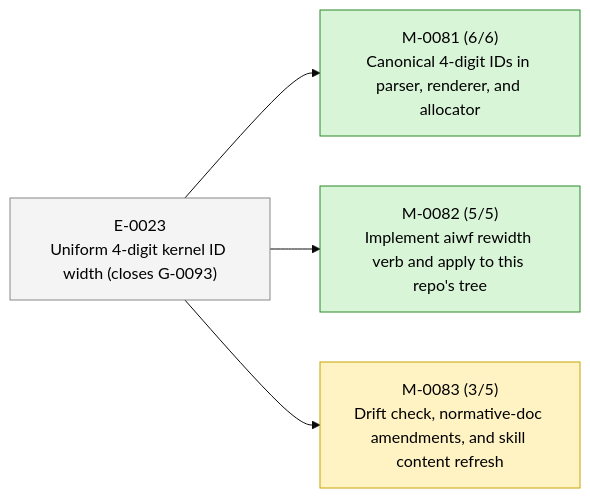
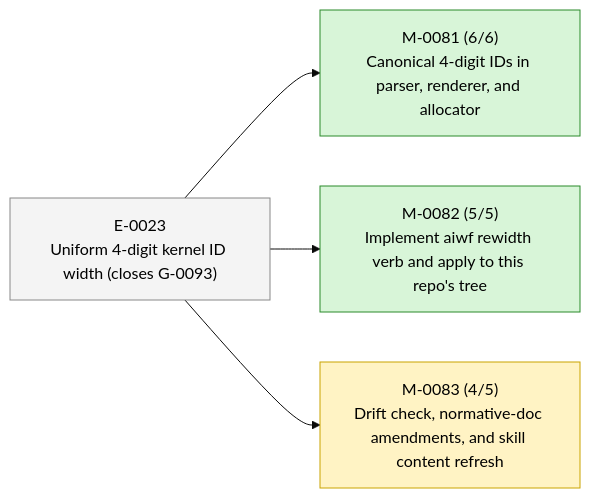
The second of 2 diagrams in STATUS.md (23min/aiwf), drawn with Mermaid (base theme) before and after one commit. The commit also changed other lines of this file and 1 other file, not shown here.

````diff
--- a/STATUS.md
+++ b/STATUS.md
@@ -47,16 +47,16 @@
 ```mermaid
 flowchart LR
   E_0023["E-0023<br/>Uniform 4-digit kernel ID width (closes G-0093)"]:::epic_proposed
   M_0081["M-0081 (6/6)<br/>Canonical 4-digit IDs in parser, renderer, and allocator"]:::ms_done
   E_0023 --> M_0081
   M_0082["M-0082 (5/5)<br/>Implement aiwf rewidth verb and apply to this repo's tree"]:::ms_done
   E_0023 --> M_0082
-  M_0083["M-0083 (3/5)<br/>Drift check, normative-doc amendments, and skill content refresh"]:::ms_in_progress
+  M_0083["M-0083 (4/5)<br/>Drift check, normative-doc amendments, and skill content refresh"]:::ms_in_progress
   E_0023 --> M_0083
   classDef epic_active fill:#d6eaff,stroke:#1a73e8,color:#000
   classDef epic_proposed fill:#f4f4f4,stroke:#888,color:#000
   classDef ms_done fill:#d8f5d8,stroke:#2a8a2a,color:#000
   classDef ms_in_progress fill:#fff3c4,stroke:#caa400,color:#000
   classDef ms_draft fill:#f4f4f4,stroke:#888,color:#000
   classDef ms_cancelled fill:#fbeaea,stroke:#c33,color:#000
 ```
````
